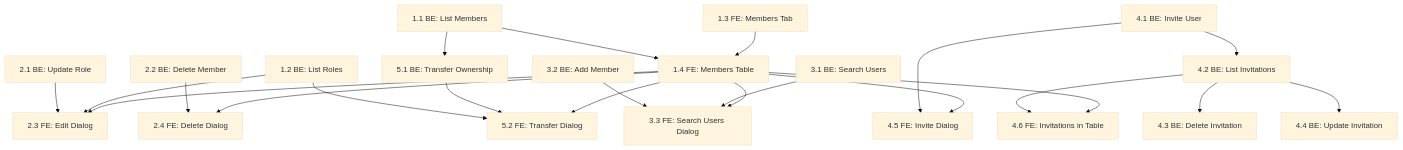
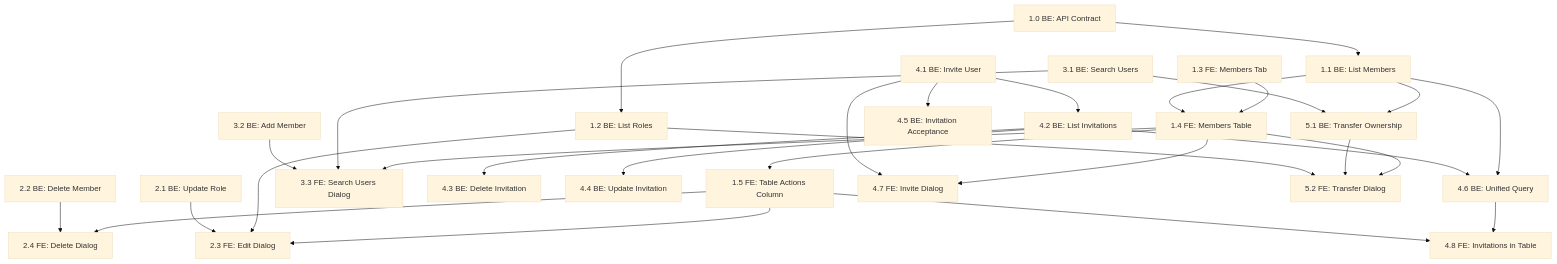
Before and after one commit to gravitee-io/gravitee-api-management: the diagram in .hackathon/application_members_feature_4f7f6b9c.plan.md, drawn with Mermaid (base theme). The commit also changed other lines of this file, not shown here.

````diff
--- a/.hackathon/application_members_feature_4f7f6b9c.plan.md
+++ b/.hackathon/application_members_feature_4f7f6b9c.plan.md
@@ -481,48 +560,59 @@
 ```mermaid
 graph TD
+    S1_0["1.0 BE: API Contract"]
     S1_1["1.1 BE: List Members"]
     S1_2["1.2 BE: List Roles"]
     S1_3["1.3 FE: Members Tab"]
     S1_4["1.4 FE: Members Table"]
+    S1_5["1.5 FE: Table Actions Column"]
 
     S2_1["2.1 BE: Update Role"]
     S2_2["2.2 BE: Delete Member"]
     S2_3["2.3 FE: Edit Dialog"]
     S2_4["2.4 FE: Delete Dialog"]
 
     S3_1["3.1 BE: Search Users"]
     S3_2["3.2 BE: Add Member"]
     S3_3["3.3 FE: Search Users Dialog"]
 
     S4_1["4.1 BE: Invite User"]
     S4_2["4.2 BE: List Invitations"]
     S4_3["4.3 BE: Delete Invitation"]
     S4_4["4.4 BE: Update Invitation"]
-    S4_5["4.5 FE: Invite Dialog"]
-    S4_6["4.6 FE: Invitations in Table"]
+    S4_5["4.5 BE: Invitation Acceptance"]
+    S4_6["4.6 BE: Unified Query"]
+    S4_7["4.7 FE: Invite Dialog"]
+    S4_8["4.8 FE: Invitations in Table"]
 
     S5_1["5.1 BE: Transfer Ownership"]
     S5_2["5.2 FE: Transfer Dialog"]
 
+    S1_0 --> S1_1
+    S1_0 --> S1_2
     S1_3 --> S1_4
     S1_1 --> S1_4
-    S1_4 --> S2_3
-    S1_4 --> S2_4
+    S1_4 --> S1_5
+    S1_5 --> S2_3
+    S1_5 --> S2_4
     S1_2 --> S2_3
     S2_1 --> S2_3
     S2_2 --> S2_4
     S1_4 --> S3_3
     S3_1 --> S3_3
     S3_2 --> S3_3
-    S1_4 --> S4_5
+    S1_4 --> S4_7
+    S4_1 --> S4_7
+    S4_1 --> S4_2
     S4_1 --> S4_5
-    S4_1 --> S4_2
     S4_2 --> S4_3
     S4_2 --> S4_4
-    S1_4 --> S4_6
+    S1_1 --> S4_6
     S4_2 --> S4_6
+    S4_6 --> S4_8
+    S1_5 --> S4_8
     S1_1 --> S5_1
+    S3_1 --> S5_1
     S1_4 --> S5_2
     S5_1 --> S5_2
     S1_2 --> S5_2
 ```
````
